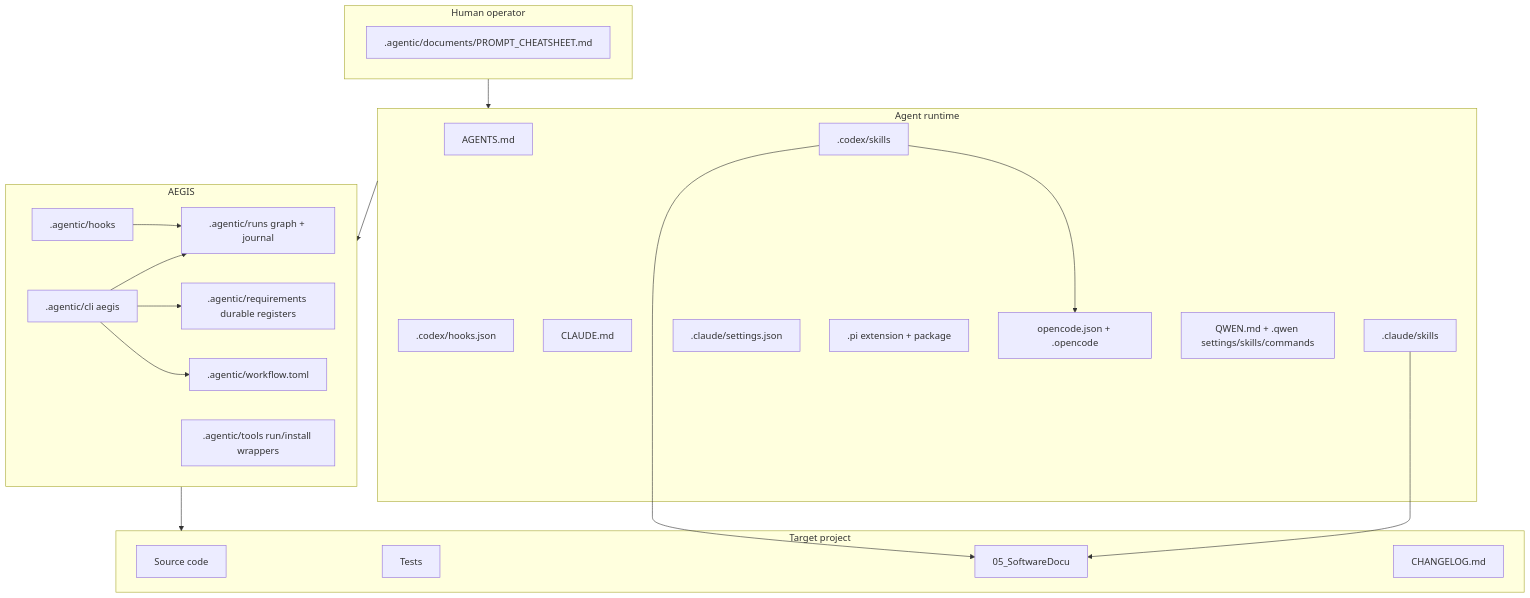
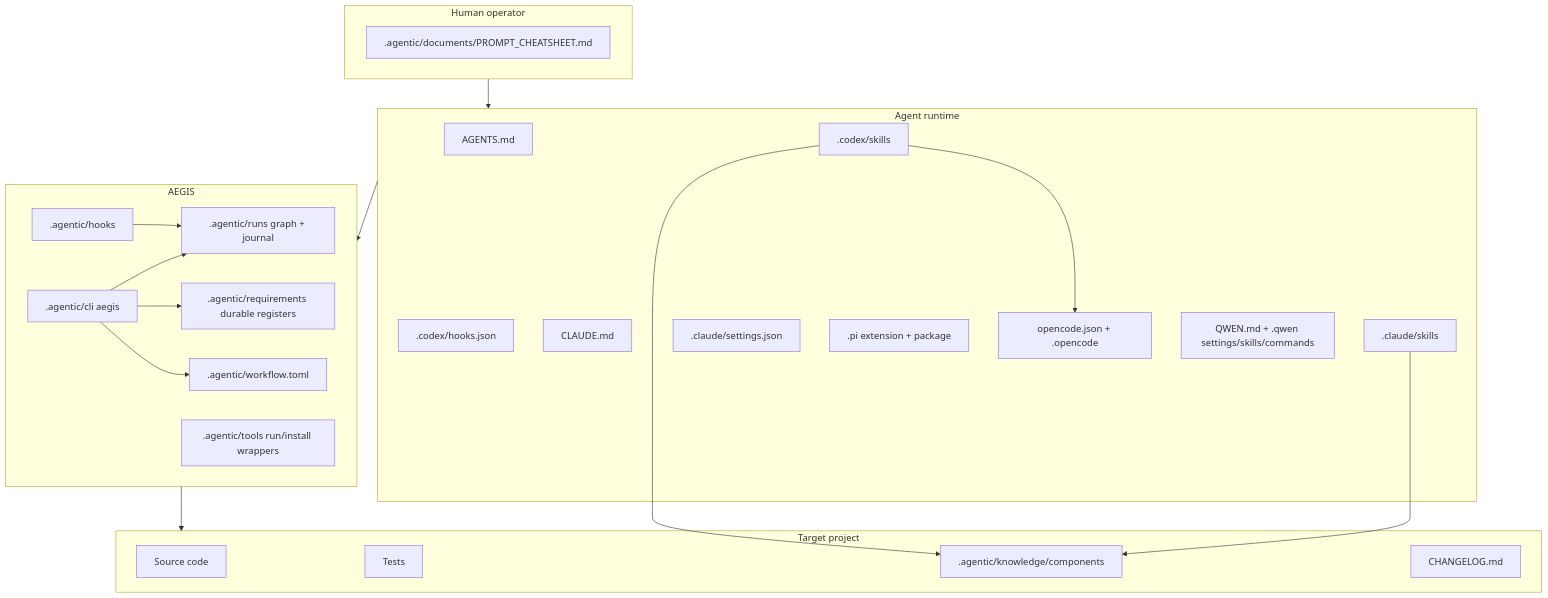
One commit to DDP-Engineering/Agentic_Engineering_Governance_Integrity_System changed the first of 2 diagrams in 00_Planning/Agentic_Development_Architecture/Agentic_Development_Stack_Architecture.md. Above: the diagram before and after it, drawn with Mermaid. The commit also changed other lines of this file and 59 other files, not shown here.

````diff
--- a/00_Planning/Agentic_Development_Architecture/Agentic_Development_Stack_Architecture.md
+++ b/00_Planning/Agentic_Development_Architecture/Agentic_Development_Stack_Architecture.md
@@ -126,45 +132,45 @@
 ```mermaid
 flowchart TB
   subgraph TARGET["Target project"]
     SRC["Source code"]
     TESTS["Tests"]
-    DOCS["05_SoftwareDocu"]
+    DOCS[".agentic/knowledge/components"]
     CHANGELOG["CHANGELOG.md"]
   end
 
   subgraph WF["AEGIS"]
     CLI[".agentic/cli aegis"]
     TOOLS[".agentic/tools run/install wrappers"]
     STATE[".agentic/runs graph + journal"]
     REQS[".agentic/requirements durable registers"]
     CONFIG[".agentic/workflow.toml"]
     HOOKS[".agentic/hooks"]
   end
 
   subgraph AGENT["Agent runtime"]
     AGENTS["AGENTS.md"]
     SKILLS[".codex/skills"]
     CODEXHOOKS[".codex/hooks.json"]
     CLAUDE["CLAUDE.md"]
     CLAUDESKILLS[".claude/skills"]
     CLAUDESETTINGS[".claude/settings.json"]
     PI[".pi extension + package"]
     OPENCODE["opencode.json + .opencode"]
     QWEN["QWEN.md + .qwen settings/skills/commands"]
   end
 
   subgraph HUMAN["Human operator"]
     PROMPTS[".agentic/documents/PROMPT_CHEATSHEET.md"]
   end
 
   AGENT --> WF
   HUMAN --> AGENT
   WF --> TARGET
   CLI --> STATE
   CLI --> REQS
   CLI --> CONFIG
   HOOKS --> STATE
   SKILLS --> DOCS
   CLAUDESKILLS --> DOCS
   SKILLS --> OPENCODE
 ```
````
